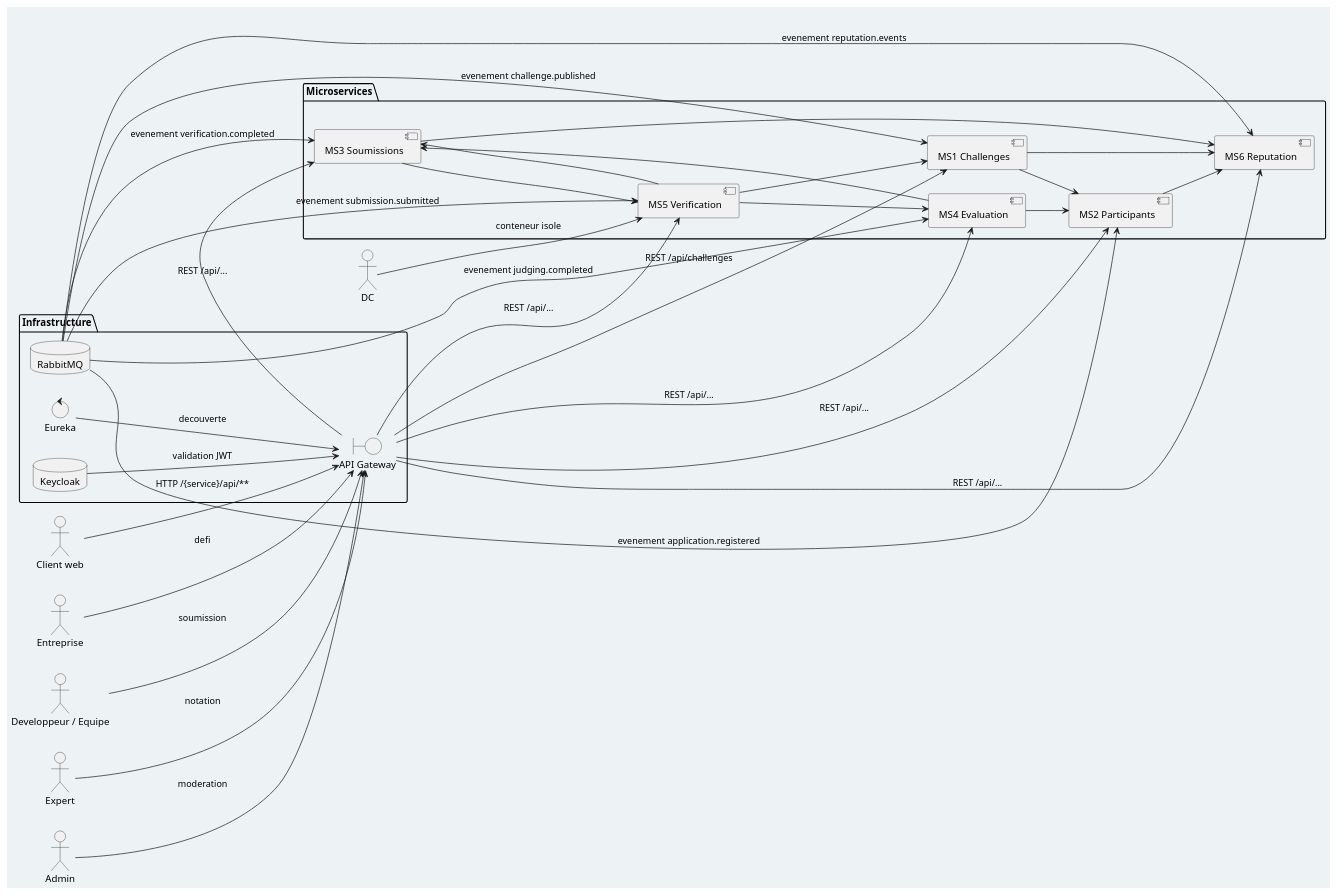
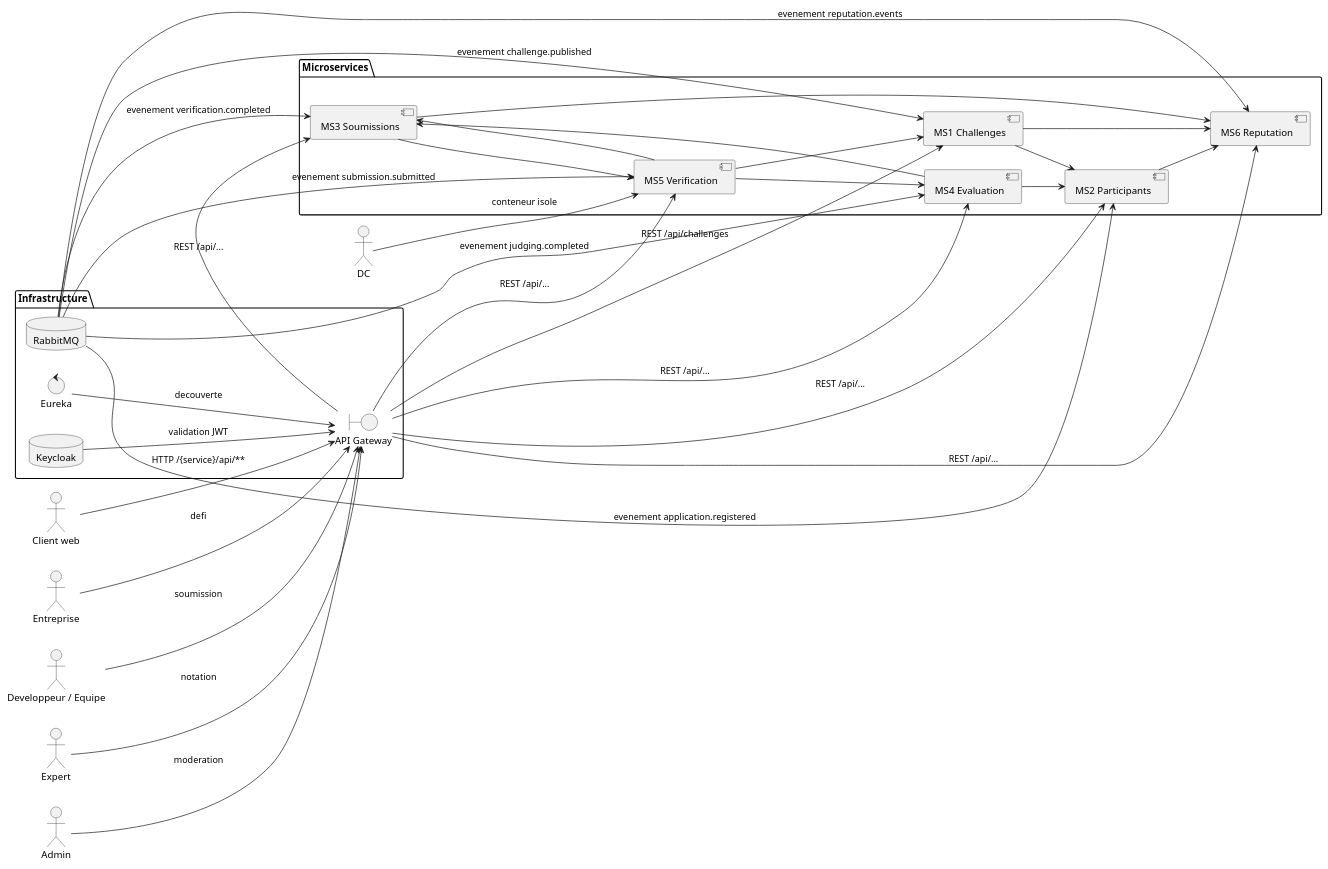
Before and after one commit to reemslama/mini-projet-web: the diagram in docs/Diagrams/Global/global-architecture.puml, drawn with PlantUML. The commit also changed 38 other files, not shown here.

Commit message:
docs: fix graphviz-render failures, add white background, enrich seq diagrams to persistence

```diff
--- a/docs/Diagrams/Global/global-architecture.puml
+++ b/docs/Diagrams/Global/global-architecture.puml
@@ -1,56 +1,56 @@
 @startuml
-skinparam backgroundColor #edf2f4
+skinparam backgroundColor #FFFFFF
 left to right direction
 actor "Client web" as Client
 actor "Entreprise" as ENT
 actor "Developpeur / Equipe" as DEV
 actor "Expert" as EXP
 actor "Admin" as ADM
 
 package "Infrastructure" {
   boundary "API Gateway" as GW
   control "Eureka" as EUREKA
   database "Keycloak" as KC
   database "RabbitMQ" as RMQ
 }
 
 package "Microservices" {
   component "MS1 Challenges" as MS1
   component "MS2 Participants" as MS2
   component "MS3 Soumissions" as MS3
   component "MS4 Evaluation" as MS4
   component "MS5 Verification" as MS5
   component "MS6 Reputation" as MS6
 }
 
 Client --> GW : HTTP /{service}/api/**
 GW --> MS1 : REST /api/challenges
 GW --> MS2 : REST /api/...
 GW --> MS3 : REST /api/...
 GW --> MS4 : REST /api/...
 GW --> MS5 : REST /api/...
 GW --> MS6 : REST /api/...
 ENT --> GW : defi
 DEV --> GW : soumission
 EXP --> GW : notation
 ADM --> GW : moderation
 MS1 --> MS2
 MS3 --> MS5
 MS5 --> MS3
 MS5 --> MS1
 MS5 --> MS4
 MS4 --> MS3
 MS4 --> MS2
 MS1 --> MS6
 MS2 --> MS6
 MS3 --> MS6
 EUREKA --> GW : decouverte
 KC --> GW : validation JWT
 RMQ --> MS5 : evenement submission.submitted
 RMQ --> MS4 : evenement judging.completed
 RMQ --> MS3 : evenement verification.completed
 RMQ --> MS2 : evenement application.registered
 RMQ --> MS1 : evenement challenge.published
 RMQ --> MS6 : evenement reputation.events
 DC --> MS5 : conteneur isole
 @enduml
```
